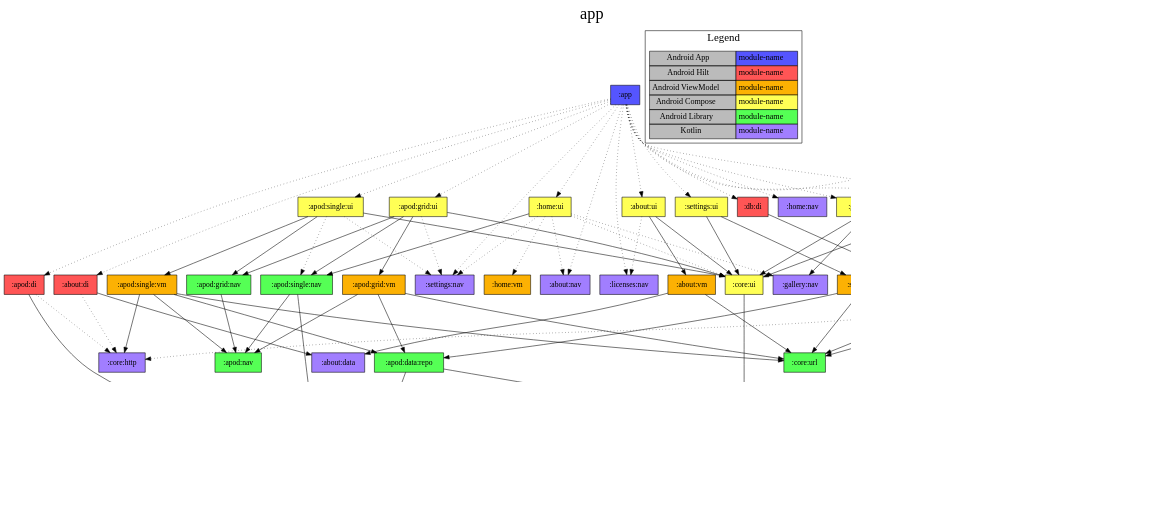
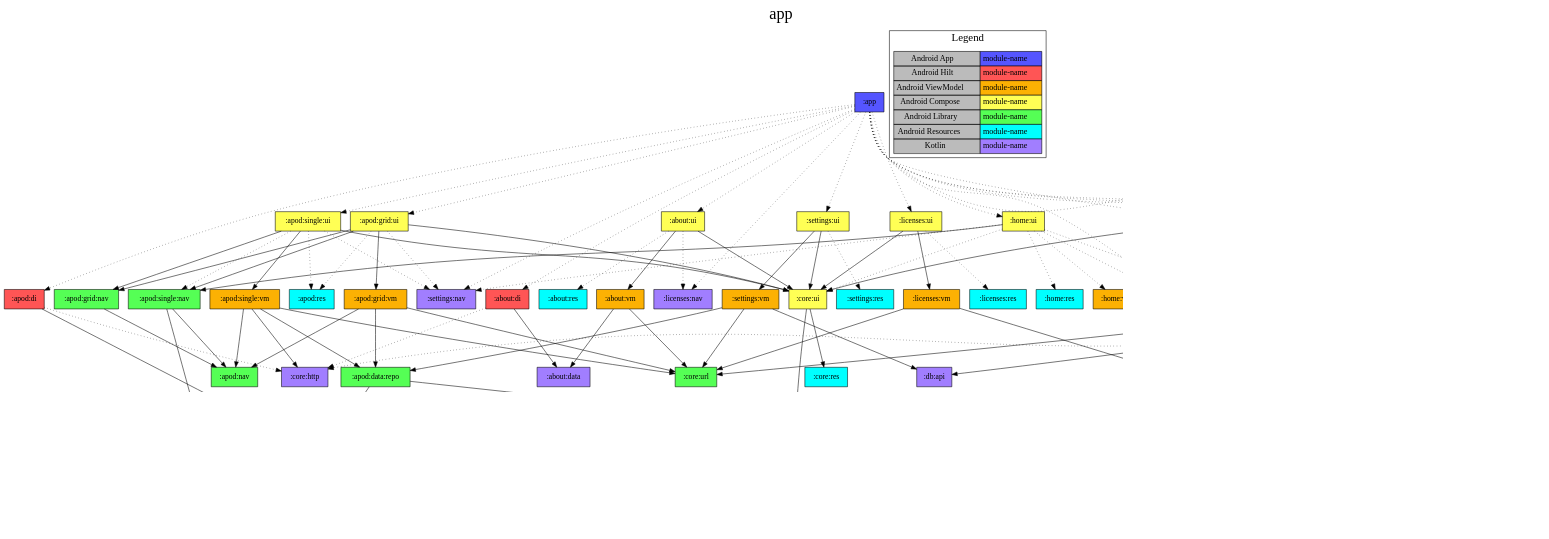
Before and after one commit to jonapoul/nasa-android: the diagram in app/project-dependency-graph.dot, drawn with Graphviz. The commit also changed 144 other files, not shown here.

```diff
--- a/app/project-dependency-graph.dot
+++ b/app/project-dependency-graph.dot
@@ -1,149 +1,165 @@
 digraph {
 edge ["dir"="forward"]
 graph ["dpi"="100","label"="app","labelloc"="t","fontsize"="30","ranksep"="1.5"]
 node ["style"="filled"]
 ":app" ["shape"="box","fillcolor"="#5555FF"]
 ":about:di" ["fillcolor"="#FF5555","shape"="box"]
 ":about:data" ["fillcolor"="#A17EFF","shape"="box"]
 ":core:http" ["fillcolor"="#A17EFF","shape"="box"]
 ":about:nav" ["fillcolor"="#A17EFF","shape"="box"]
 ":about:ui" ["fillcolor"="#FFFF55","shape"="box"]
 ":about:vm" ["fillcolor"="#FCB103","shape"="box"]
 ":core:url" ["fillcolor"="#55FF55","shape"="box"]
 ":core:ui" ["fillcolor"="#FFFF55","shape"="box"]
 ":core:model" ["fillcolor"="#A17EFF","shape"="box"]
+":core:res" ["fillcolor"="#00FFFF","shape"="box"]
+":about:res" ["fillcolor"="#00FFFF","shape"="box"]
 ":licenses:nav" ["fillcolor"="#A17EFF","shape"="box"]
 ":apod:di" ["fillcolor"="#FF5555","shape"="box"]
 ":apod:data:api" ["fillcolor"="#A17EFF","shape"="box"]
 ":apod:model" ["fillcolor"="#A17EFF","shape"="box"]
 ":apod:grid:ui" ["fillcolor"="#FFFF55","shape"="box"]
 ":apod:grid:nav" ["fillcolor"="#55FF55","shape"="box"]
 ":apod:nav" ["fillcolor"="#55FF55","shape"="box"]
 ":apod:grid:vm" ["fillcolor"="#FCB103","shape"="box"]
 ":apod:data:repo" ["fillcolor"="#55FF55","shape"="box"]
 ":db:apod" ["fillcolor"="#A17EFF","shape"="box"]
 ":apod:single:nav" ["fillcolor"="#55FF55","shape"="box"]
+":apod:res" ["fillcolor"="#00FFFF","shape"="box"]
 ":settings:nav" ["fillcolor"="#A17EFF","shape"="box"]
 ":apod:single:ui" ["fillcolor"="#FFFF55","shape"="box"]
 ":apod:single:vm" ["fillcolor"="#FCB103","shape"="box"]
 ":db:di" ["fillcolor"="#FF5555","shape"="box"]
 ":db:impl" ["fillcolor"="#55FF55","shape"="box"]
 ":db:api" ["fillcolor"="#A17EFF","shape"="box"]
 ":db:gallery" ["fillcolor"="#A17EFF","shape"="box"]
 ":gallery:di" ["fillcolor"="#FF5555","shape"="box"]
 ":gallery:data:api" ["fillcolor"="#A17EFF","shape"="box"]
 ":gallery:model" ["fillcolor"="#A17EFF","shape"="box"]
 ":gallery:search:ui" ["fillcolor"="#FFFF55","shape"="box"]
 ":gallery:nav" ["fillcolor"="#A17EFF","shape"="box"]
 ":gallery:search:vm" ["fillcolor"="#FCB103","shape"="box"]
 ":gallery:data:repo" ["fillcolor"="#55FF55","shape"="box"]
+":gallery:res" ["fillcolor"="#00FFFF","shape"="box"]
 ":home:nav" ["fillcolor"="#A17EFF","shape"="box"]
 ":home:ui" ["fillcolor"="#FFFF55","shape"="box"]
+":home:res" ["fillcolor"="#00FFFF","shape"="box"]
 ":home:vm" ["fillcolor"="#FCB103","shape"="box"]
 ":licenses:di" ["fillcolor"="#FF5555","shape"="box"]
 ":licenses:data" ["fillcolor"="#A17EFF","shape"="box"]
 ":licenses:ui" ["fillcolor"="#FFFF55","shape"="box"]
 ":licenses:vm" ["fillcolor"="#FCB103","shape"="box"]
+":licenses:res" ["fillcolor"="#00FFFF","shape"="box"]
 ":settings:ui" ["fillcolor"="#FFFF55","shape"="box"]
 ":settings:vm" ["fillcolor"="#FCB103","shape"="box"]
+":settings:res" ["fillcolor"="#00FFFF","shape"="box"]
 {
 edge ["dir"="none"]
 graph ["rank"="same"]
 ":app"
 }
 subgraph "cluster_legend" {
 edge ["dir"="none"]
 graph ["label"="Legend","fontsize"="20"]
 "Legend" ["style"="filled","fillcolor"="#bbbbbb","shape"="none","margin"="0","fontsize"="15","label"=<
 <TABLE BORDER="0" CELLBORDER="1" CELLSPACING="0" CELLPADDING="4">
 <TR><TD>Android App</TD><TD BGCOLOR="#5555FF">module-name</TD></TR>
 <TR><TD>Android Hilt</TD><TD BGCOLOR="#FF5555">module-name</TD></TR>
 <TR><TD>Android ViewModel</TD><TD BGCOLOR="#FCB103">module-name</TD></TR>
 <TR><TD>Android Compose</TD><TD BGCOLOR="#FFFF55">module-name</TD></TR>
 <TR><TD>Android Library</TD><TD BGCOLOR="#55FF55">module-name</TD></TR>
+<TR><TD>Android Resources</TD><TD BGCOLOR="#00FFFF">module-name</TD></TR>
 <TR><TD>Kotlin</TD><TD BGCOLOR="#A17EFF">module-name</TD></TR>
 </TABLE>
 >]
 }
 ":app" -> ":about:di" ["style"="dotted"]
 ":app" -> ":about:nav" ["style"="dotted"]
 ":app" -> ":about:ui" ["style"="dotted"]
 ":app" -> ":apod:di" ["style"="dotted"]
 ":app" -> ":apod:grid:ui" ["style"="dotted"]
 ":app" -> ":apod:single:ui" ["style"="dotted"]
 ":app" -> ":db:di" ["style"="dotted"]
 ":app" -> ":gallery:di" ["style"="dotted"]
 ":app" -> ":gallery:search:ui" ["style"="dotted"]
 ":app" -> ":home:nav" ["style"="dotted"]
 ":app" -> ":home:ui" ["style"="dotted"]
 ":app" -> ":licenses:di" ["style"="dotted"]
 ":app" -> ":licenses:nav" ["style"="dotted"]
 ":app" -> ":licenses:ui" ["style"="dotted"]
 ":app" -> ":settings:nav" ["style"="dotted"]
 ":app" -> ":settings:ui" ["style"="dotted"]
 ":about:di" -> ":about:data"
 ":about:di" -> ":core:http" ["style"="dotted"]
 ":about:ui" -> ":about:vm"
 ":about:ui" -> ":core:ui"
+":about:ui" -> ":about:res" ["style"="dotted"]
 ":about:ui" -> ":licenses:nav" ["style"="dotted"]
 ":about:vm" -> ":about:data"
 ":about:vm" -> ":core:url"
 ":core:ui" -> ":core:model"
+":core:ui" -> ":core:res"
 ":apod:di" -> ":apod:data:api"
 ":apod:di" -> ":core:http" ["style"="dotted"]
 ":apod:data:api" -> ":apod:model"
 ":apod:data:api" -> ":core:model"
 ":apod:grid:ui" -> ":apod:grid:nav"
 ":apod:grid:ui" -> ":apod:grid:vm"
 ":apod:grid:ui" -> ":apod:single:nav"
 ":apod:grid:ui" -> ":core:ui"
+":apod:grid:ui" -> ":apod:res" ["style"="dotted"]
 ":apod:grid:ui" -> ":settings:nav" ["style"="dotted"]
 ":apod:grid:nav" -> ":apod:nav"
 ":apod:grid:vm" -> ":apod:data:repo"
 ":apod:grid:vm" -> ":apod:nav"
 ":apod:grid:vm" -> ":core:url"
 ":apod:data:repo" -> ":apod:data:api"
 ":apod:data:repo" -> ":db:apod"
 ":apod:single:nav" -> ":apod:model"
 ":apod:single:nav" -> ":apod:nav"
 ":apod:single:ui" -> ":apod:grid:nav"
 ":apod:single:ui" -> ":apod:single:vm"
 ":apod:single:ui" -> ":core:ui"
+":apod:single:ui" -> ":apod:res" ["style"="dotted"]
 ":apod:single:ui" -> ":apod:single:nav" ["style"="dotted"]
 ":apod:single:ui" -> ":settings:nav" ["style"="dotted"]
 ":apod:single:vm" -> ":apod:data:repo"
 ":apod:single:vm" -> ":apod:nav"
 ":apod:single:vm" -> ":core:http"
 ":apod:single:vm" -> ":core:url"
 ":db:di" -> ":db:impl"
+":db:impl" -> ":db:api"
 ":db:impl" -> ":db:apod"
-":db:impl" -> ":db:api"
 ":db:impl" -> ":db:gallery"
 ":gallery:di" -> ":gallery:data:api"
 ":gallery:di" -> ":core:http" ["style"="dotted"]
 ":gallery:di" -> ":core:model" ["style"="dotted"]
 ":gallery:data:api" -> ":gallery:model"
+":gallery:search:ui" -> ":core:ui"
 ":gallery:search:ui" -> ":gallery:nav"
 ":gallery:search:ui" -> ":gallery:search:vm"
-":gallery:search:ui" -> ":core:ui"
+":gallery:search:ui" -> ":gallery:res" ["style"="dotted"]
+":gallery:search:vm" -> ":core:url"
 ":gallery:search:vm" -> ":gallery:data:repo"
-":gallery:search:vm" -> ":core:url"
+":gallery:data:repo" -> ":db:gallery"
 ":gallery:data:repo" -> ":gallery:data:api"
-":gallery:data:repo" -> ":db:gallery"
 ":home:ui" -> ":apod:single:nav"
 ":home:ui" -> ":about:nav" ["style"="dotted"]
 ":home:ui" -> ":core:ui" ["style"="dotted"]
 ":home:ui" -> ":gallery:nav" ["style"="dotted"]
+":home:ui" -> ":home:res" ["style"="dotted"]
 ":home:ui" -> ":home:vm" ["style"="dotted"]
 ":home:ui" -> ":settings:nav" ["style"="dotted"]
 ":licenses:di" -> ":licenses:data"
 ":licenses:ui" -> ":core:ui"
 ":licenses:ui" -> ":licenses:vm"
+":licenses:ui" -> ":licenses:res" ["style"="dotted"]
 ":licenses:vm" -> ":core:url"
 ":licenses:vm" -> ":licenses:data"
 ":settings:ui" -> ":core:ui"
 ":settings:ui" -> ":settings:vm"
+":settings:ui" -> ":settings:res" ["style"="dotted"]
+":settings:vm" -> ":apod:data:repo"
 ":settings:vm" -> ":core:url"
-":settings:vm" -> ":apod:data:repo"
 ":settings:vm" -> ":db:api"
 }
```
